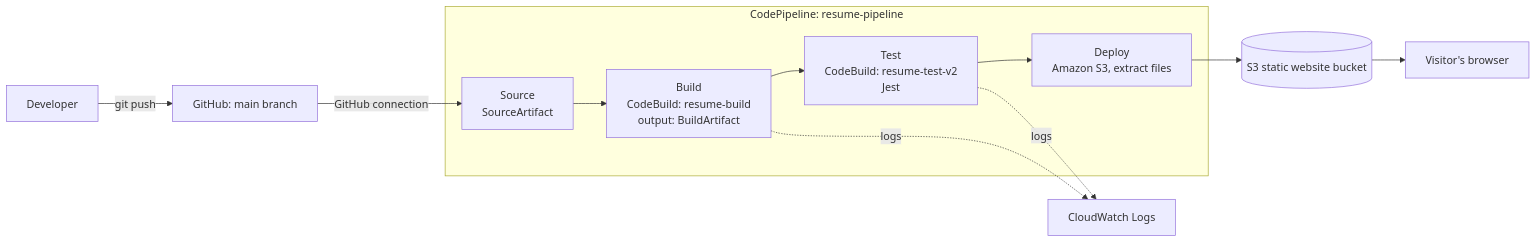
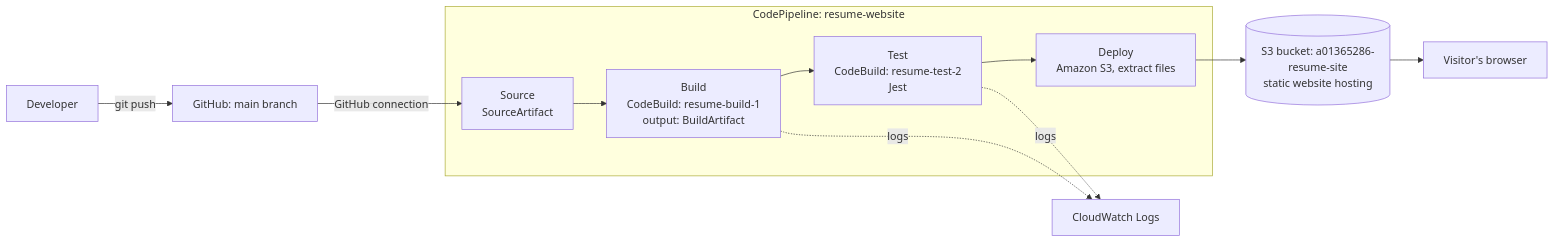
The diagram in README.md (DominicCYT/resume-site), drawn with Mermaid before and after one commit. The commit also changed other lines of this file, not shown here.

````diff
--- a/README.md
+++ b/README.md
@@ -11,14 +12,14 @@
 ```mermaid
 flowchart LR
   Dev[Developer] -- git push --> GH[GitHub: main branch]
   GH -- GitHub connection --> Src
-  subgraph CodePipeline: resume-pipeline
-    Src[Source<br/>SourceArtifact] --> Build[Build<br/>CodeBuild: resume-build<br/>output: BuildArtifact]
-    Build --> Test[Test<br/>CodeBuild: resume-test-v2<br/>Jest]
+  subgraph CodePipeline: resume-website
+    Src[Source<br/>SourceArtifact] --> Build[Build<br/>CodeBuild: resume-build-1<br/>output: BuildArtifact]
+    Build --> Test[Test<br/>CodeBuild: resume-test-2<br/>Jest]
     Test --> Deploy[Deploy<br/>Amazon S3, extract files]
   end
-  Deploy --> S3[(S3 static website bucket)]
+  Deploy --> S3[(S3 bucket: a01365286-resume-site<br/>static website hosting)]
   S3 --> Visitor[Visitor's browser]
   Build -. logs .-> CW[CloudWatch Logs]
   Test -. logs .-> CW
 ```
````
